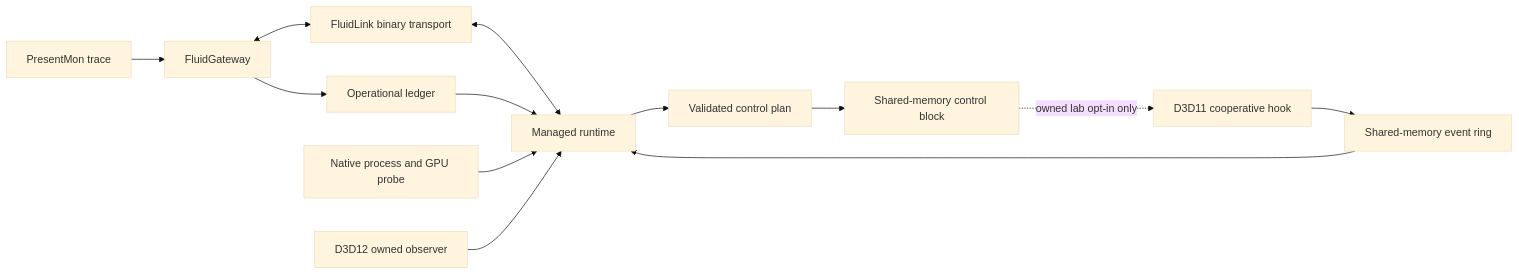
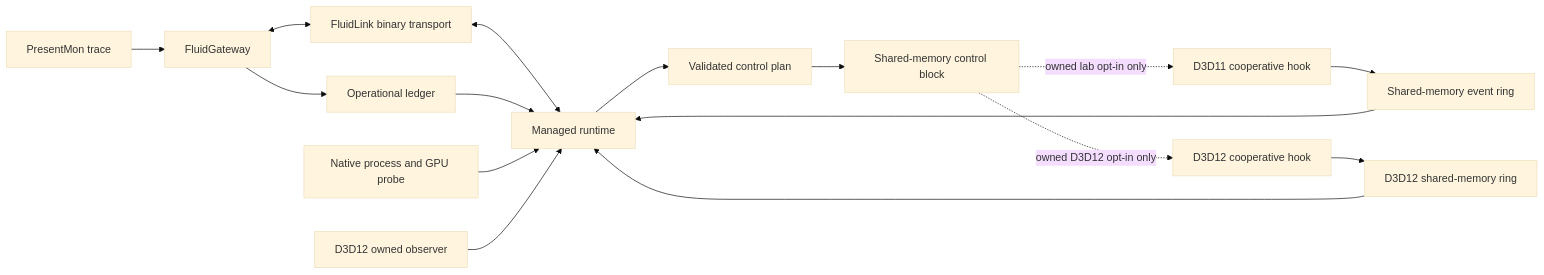
The diagram in docs/architecture.md (maxhuntert1414-max/FluidRuntime), drawn with Mermaid (base theme) before and after one commit. The commit also changed other lines of this file and 32 other files, not shown here.

````diff
--- a/docs/architecture.md
+++ b/docs/architecture.md
@@ -8,15 +8,18 @@
 ```mermaid
 flowchart LR
     PM[PresentMon trace] --> FG[FluidGateway]
     FG --> L[Operational ledger]
     FG <--> FL[FluidLink binary transport]
     FL <--> MR[Managed runtime]
     L --> MR
     NP[Native process and GPU probe] --> MR
     D12[D3D12 owned observer] --> MR
+    D12H[D3D12 cooperative hook] --> D12R[D3D12 shared-memory ring]
+    D12R --> MR
     D3D[D3D11 cooperative hook] --> R[Shared-memory event ring]
     R --> MR
     MR --> P[Validated control plan]
     P --> C[Shared-memory control block]
     C -. owned lab opt-in only .-> D3D
+    C -. owned D3D12 opt-in only .-> D12H
 ```
````
